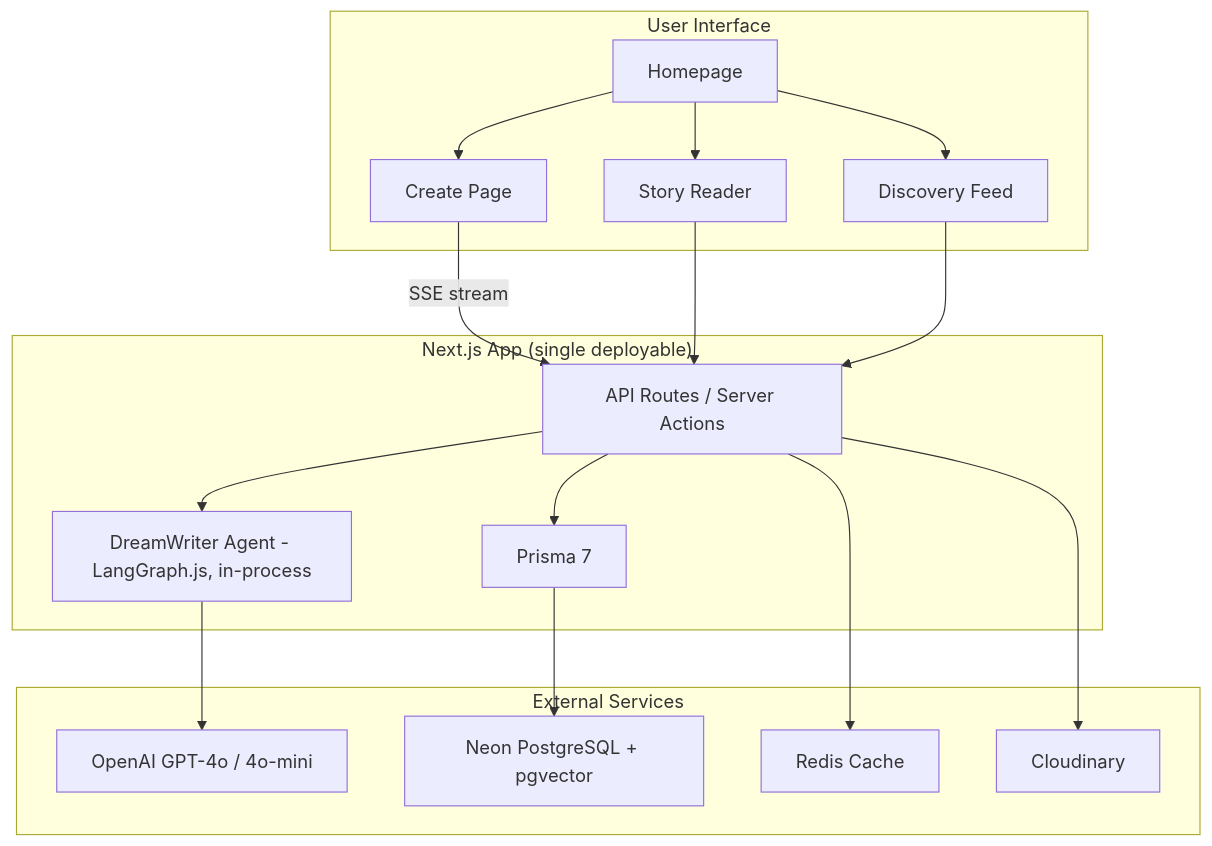
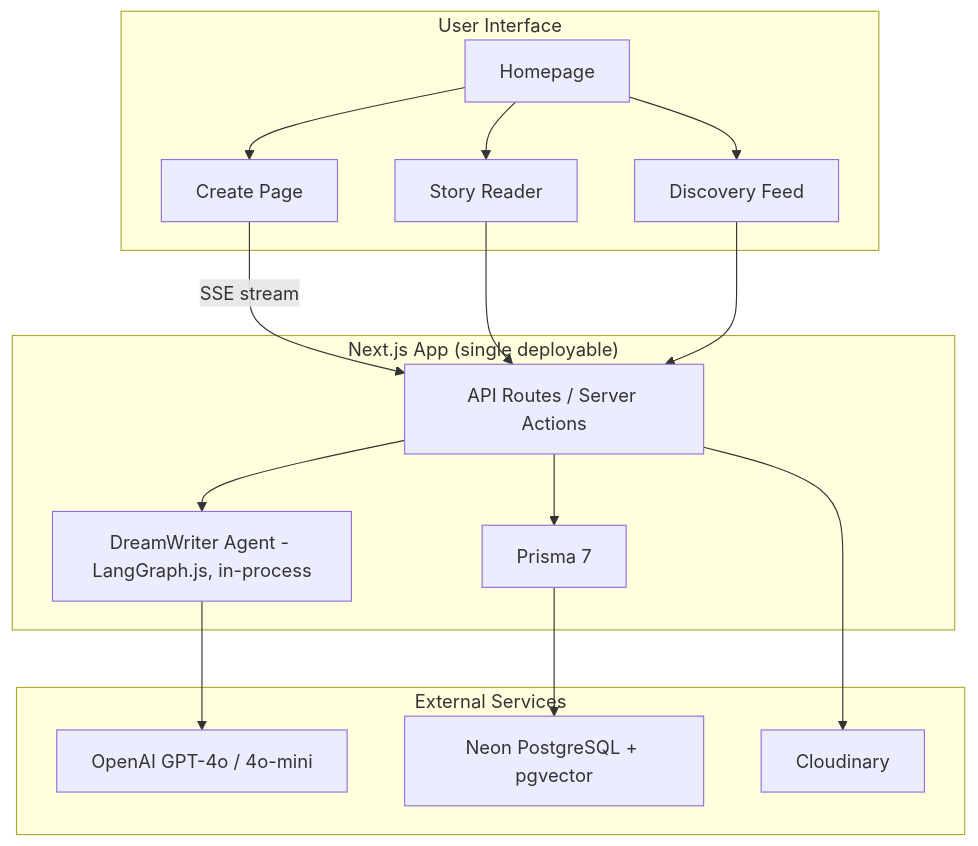
The first of 4 diagrams in README.md (ChanMeng666/fanfic-lab), drawn with Mermaid before and after one commit. The commit also changed other lines of this file and 5 other files, not shown here.

First line of the commit message:
docs: drop Redis from docs; document Postgres-backed cache + unpooled URL

````diff
--- a/README.md
+++ b/README.md
@@ -116,31 +115,29 @@
 ```mermaid
 graph TB
     subgraph "User Interface"
         A[Homepage] --> B[Create Page]
         A --> D[Discovery Feed]
         A --> R[Story Reader]
     end
 
     subgraph "Next.js App (single deployable)"
         I[API Routes / Server Actions]
         F[DreamWriter Agent - LangGraph.js, in-process]
         J[Prisma 7]
     end
 
     subgraph "External Services"
         G[OpenAI GPT-4o / 4o-mini]
         K[Neon PostgreSQL + pgvector]
-        L[Redis Cache]
         P[Cloudinary]
     end
 
     B -->|SSE stream| I
     R --> I
     D --> I
     I --> F
     F --> G
     I --> J
     J --> K
-    I --> L
     I --> P
 ```
````
